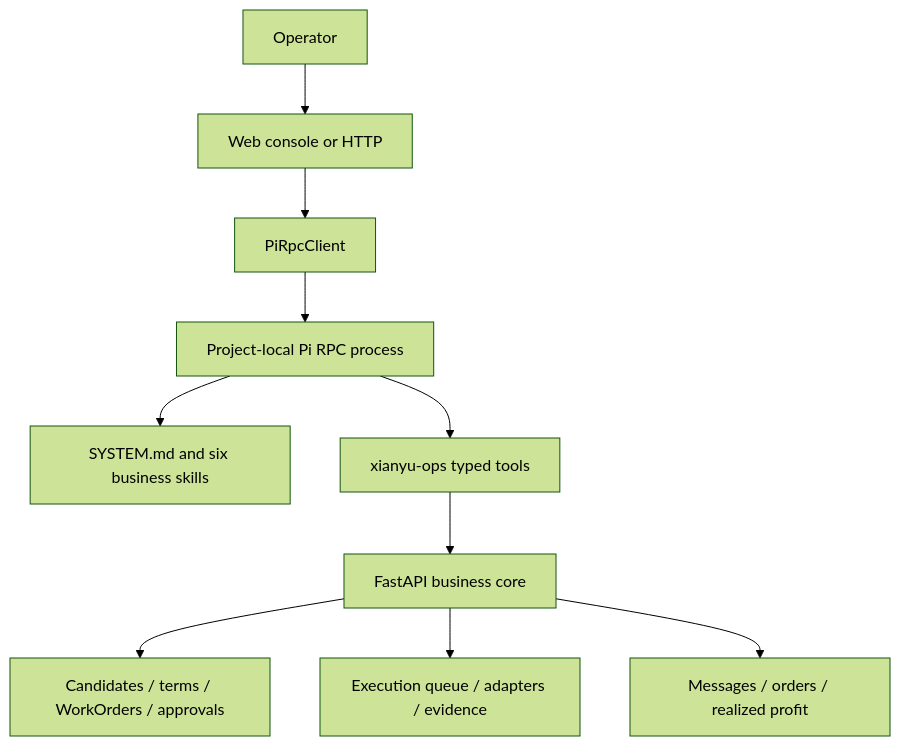
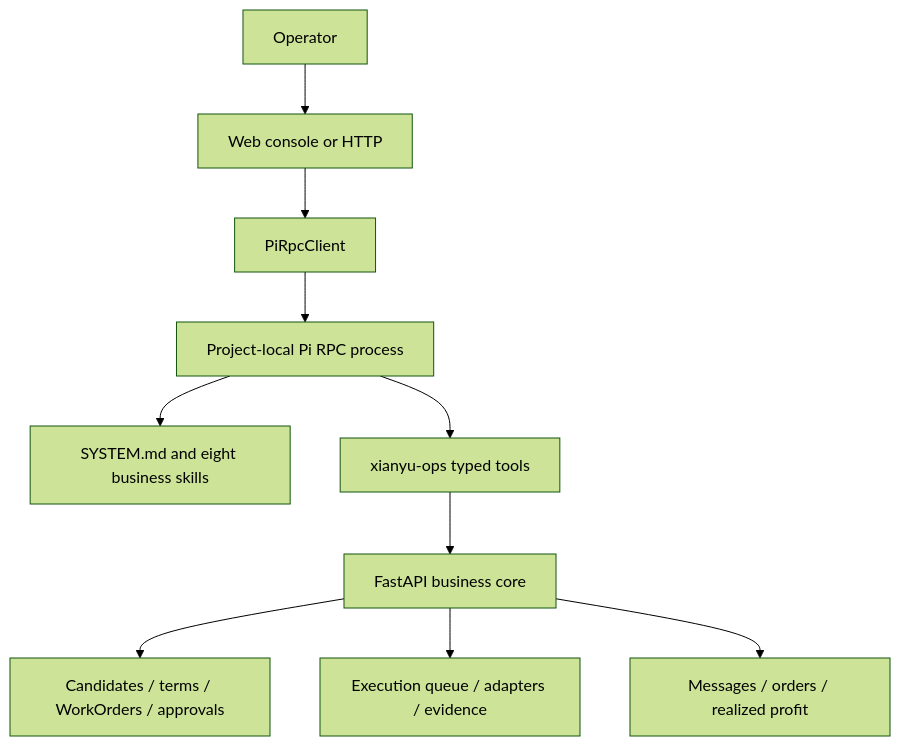
One commit to AuroraKON6/xianyu-agent changed the diagram in docs/ops/pi-migration.md. Above: the diagram before and after it, drawn with Mermaid (forest theme). The commit also changed other lines of this file and 35 other files, not shown here.

````diff
--- a/docs/ops/pi-migration.md
+++ b/docs/ops/pi-migration.md
@@ -21,12 +24,12 @@
 ```mermaid
 flowchart TD
   U["Operator"] --> C["Web console or HTTP"]
   C --> R["PiRpcClient"]
   R --> P["Project-local Pi RPC process"]
-  P --> S["SYSTEM.md and six business skills"]
+  P --> S["SYSTEM.md and eight business skills"]
   P --> X["xianyu-ops typed tools"]
   X --> A["FastAPI business core"]
   A --> D["Candidates / terms / WorkOrders / approvals"]
   A --> E["Execution queue / adapters / evidence"]
   A --> O["Messages / orders / realized profit"]
 ```
````
